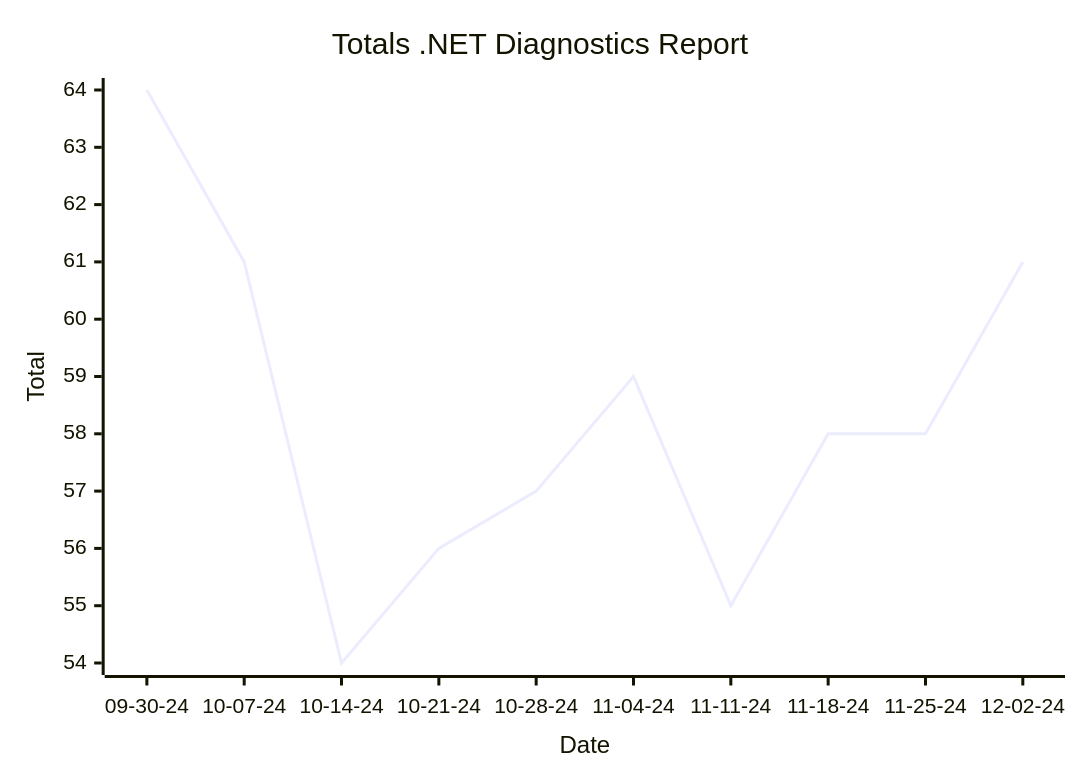
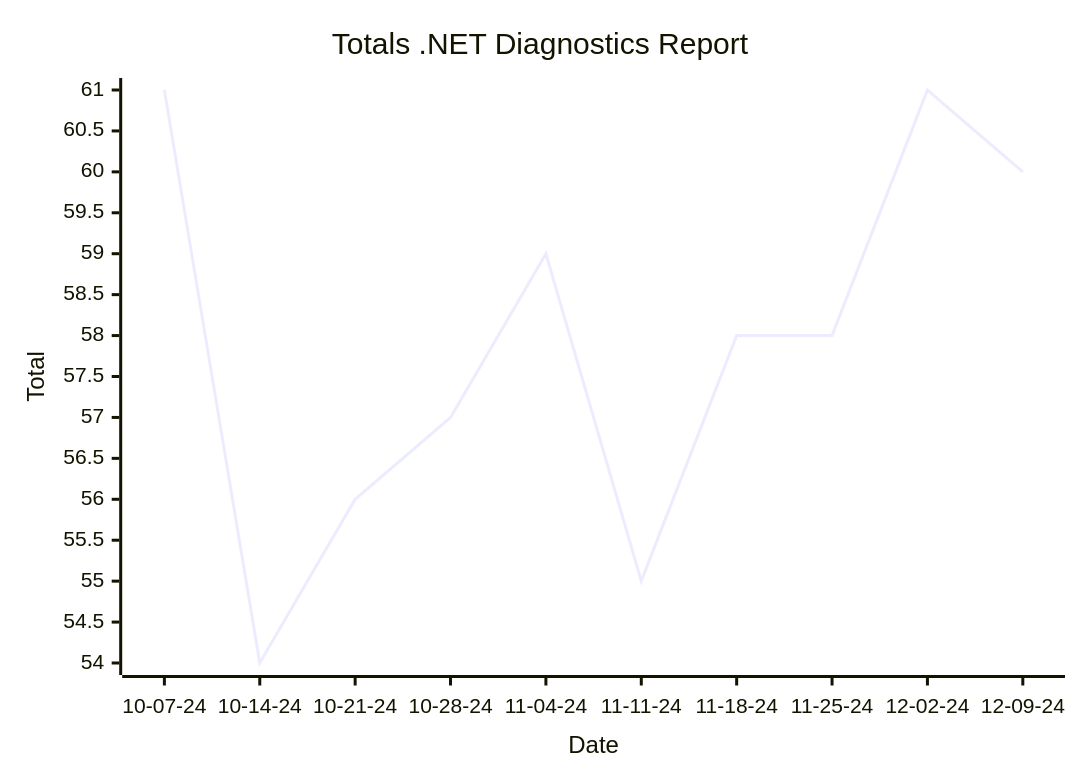
Before and after one commit to hoyosjs/gh-issue-tracker: the first of 2 diagrams in reports/README.md, drawn with Mermaid. The commit also changed other lines of this file and 4 other files, not shown here.

````diff
--- a/reports/README.md
+++ b/reports/README.md
@@ -7,7 +7,7 @@
 ```mermaid
 xychart-beta
   title "Totals .NET Diagnostics Report"
-  x-axis "Date" ["09-30-24", "10-07-24", "10-14-24", "10-21-24", "10-28-24", "11-04-24", "11-11-24", "11-18-24", "11-25-24", "12-02-24"]
+  x-axis "Date" ["10-07-24", "10-14-24", "10-21-24", "10-28-24", "11-04-24", "11-11-24", "11-18-24", "11-25-24", "12-02-24", "12-09-24"]
   y-axis "Total"
-  line [64, 61, 54, 56, 57, 59, 55, 58, 58, 61]
+  line [61, 54, 56, 57, 59, 55, 58, 58, 61, 60]
 ```
````
